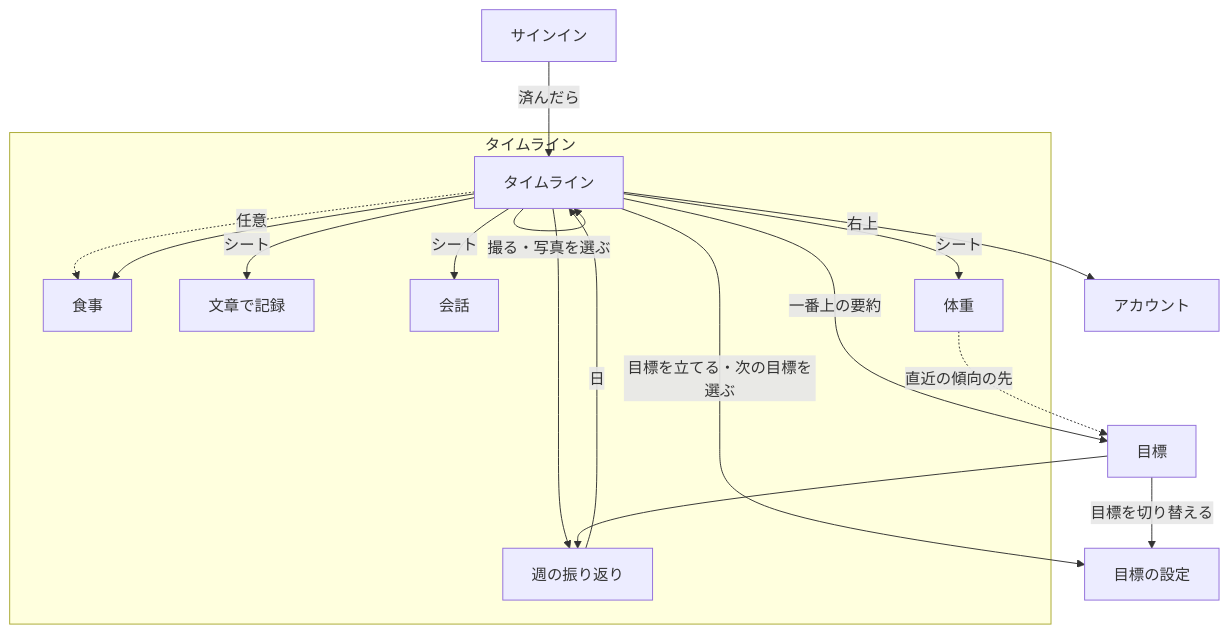
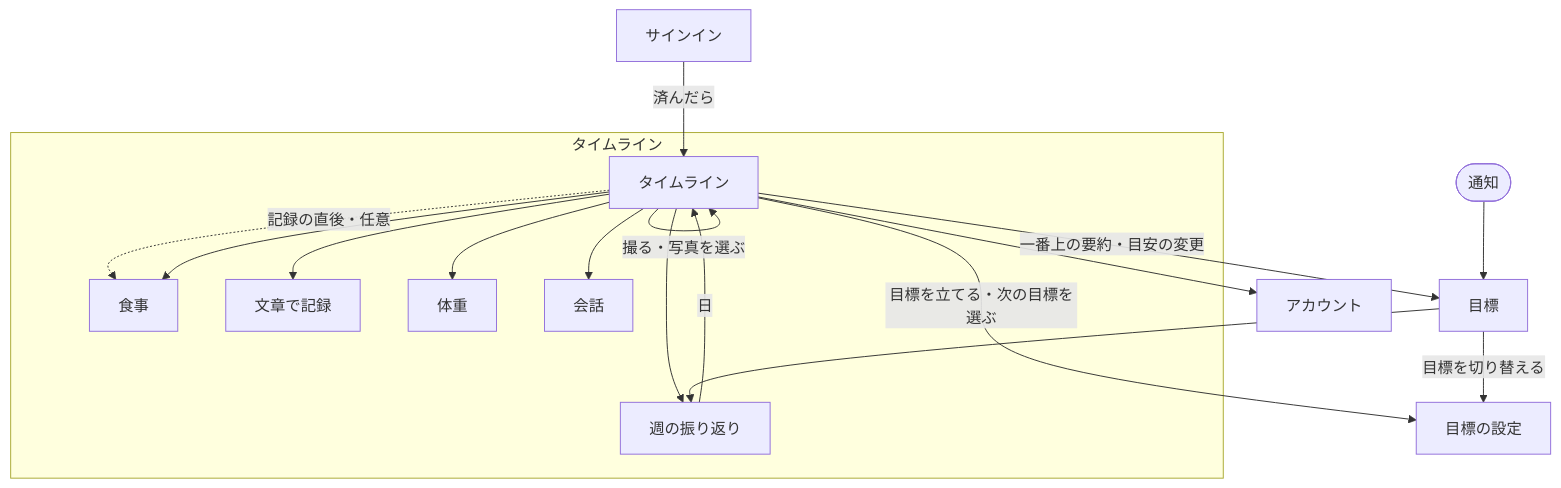
Before and after one commit to gn-t-k/nu-tori: the third of 3 diagrams in docs/ui-design/0001-first-release/05-navigation.md, drawn with Mermaid. The commit also changed other lines of this file and 11 other files, not shown here.

````diff
--- a/docs/ui-design/0001-first-release/05-navigation.md
+++ b/docs/ui-design/0001-first-release/05-navigation.md
@@ -72,21 +98,21 @@
 ```mermaid
 flowchart TD
   Signin[サインイン] -->|済んだら| Today
   subgraph Root[タイムライン]
     Today[タイムライン]
     Today -->|撮る・写真を選ぶ| Today
-    Today -.->|任意| Meal[食事]
+    Today -.->|記録の直後・任意| Meal[食事]
     Today --> Meal
-    Today -->|シート| TextMeal[文章で記録]
-    Today -->|シート| Weight[体重]
-    Today -->|シート| Conversation[会話]
+    Today --> TextMeal[文章で記録]
+    Today --> Weight[体重]
+    Today --> Conversation[会話]
     Today --> Weekly[週の振り返り]
     Weekly -->|日| Today
   end
-  Today -->|一番上の要約| Goal[目標]
+  Today -->|一番上の要約・目安の変更| Goal[目標]
+  Notice([通知]) --> Goal
   Goal --> Weekly
   Today -->|目標を立てる・次の目標を選ぶ| GoalSetup[目標の設定]
   Goal -->|目標を切り替える| GoalSetup
-  Weight -.->|直近の傾向の先| Goal
-  Today -->|右上| Account[アカウント]
+  Today --> Account[アカウント]
 ```
````
